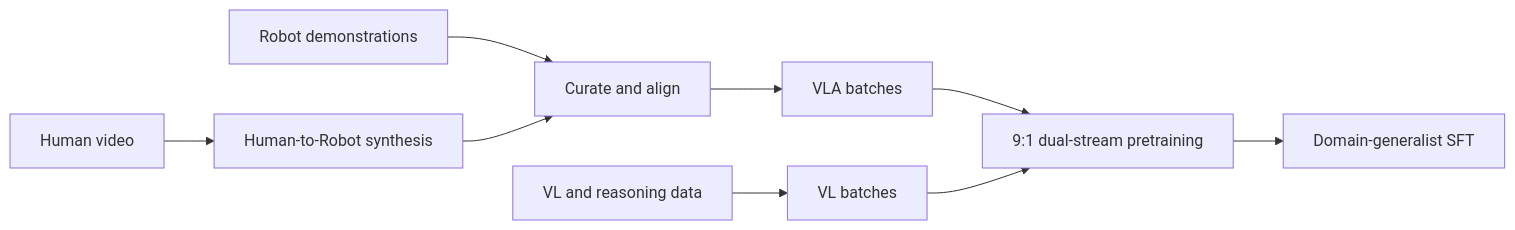
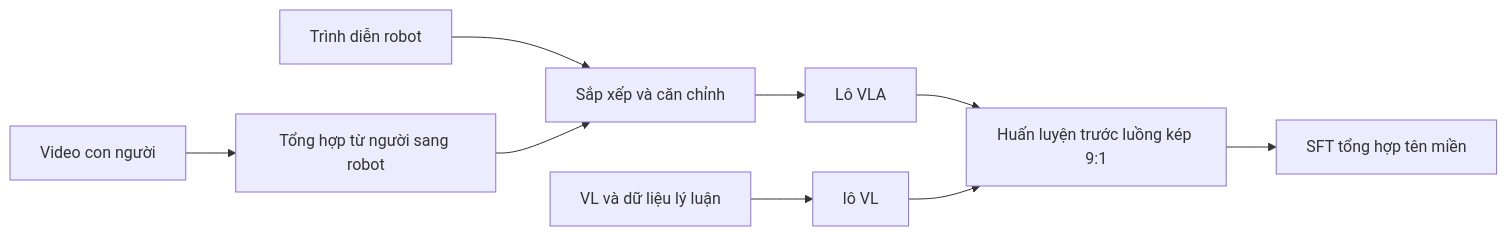
One commit to cycler04/VinRobotics-VLA changed the third of 3 diagrams in docs/research_finding/01-gwen/qwen_models/Qwen-RobotManip/qwen_robotmanip.md. Above: the diagram before and after it, drawn with Mermaid. The commit also changed other lines of this file and 24 other files, not shown here.

````diff
--- a/docs/research_finding/01-gwen/qwen_models/Qwen-RobotManip/qwen_robotmanip.md
+++ b/docs/research_finding/01-gwen/qwen_models/Qwen-RobotManip/qwen_robotmanip.md
@@ -150,11 +150,11 @@
 ```mermaid
 flowchart LR
-    R[Robot demonstrations] --> C[Curate and align]
-    H[Human video] --> S[Human-to-Robot synthesis]
+    R[Trình diễn robot] --> C[Sắp xếp và căn chỉnh]
+    H[Video con người] --> S[Tổng hợp từ người sang robot]
     S --> C
-    C --> VLA[VLA batches]
-    VL[VL and reasoning data] --> VLB[VL batches]
-    VLA --> T[9:1 dual-stream pretraining]
+    C --> VLA[Lô VLA]
+    VL[VL và dữ liệu lý luận] --> VLB[lô VL]
+    VLA --> T[Huấn luyện trước luồng kép 9:1]
     VLB --> T
-    T --> SFT[Domain-generalist SFT]
+    T --> SFT[SFT tổng hợp tên miền]
 ```
````
